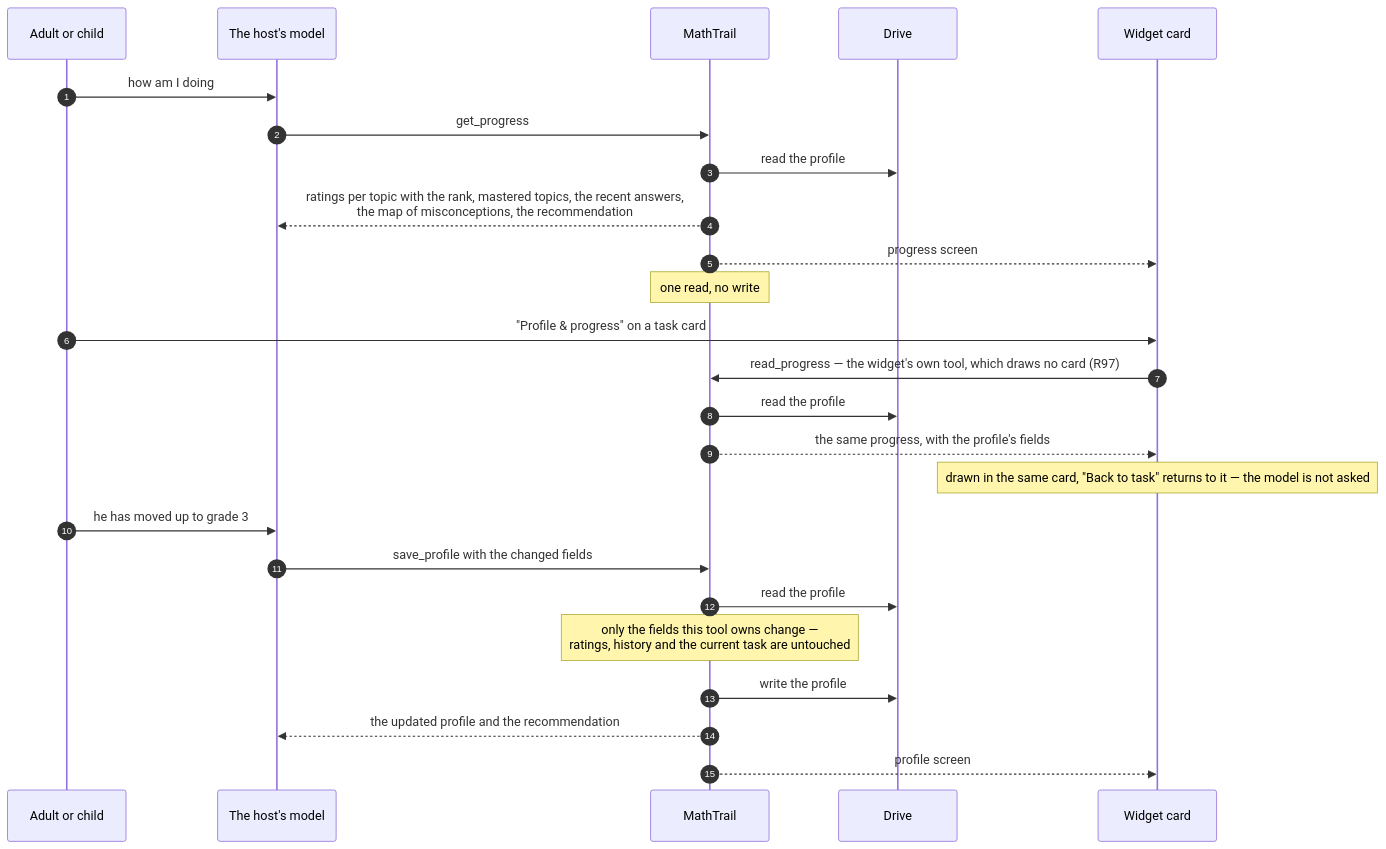
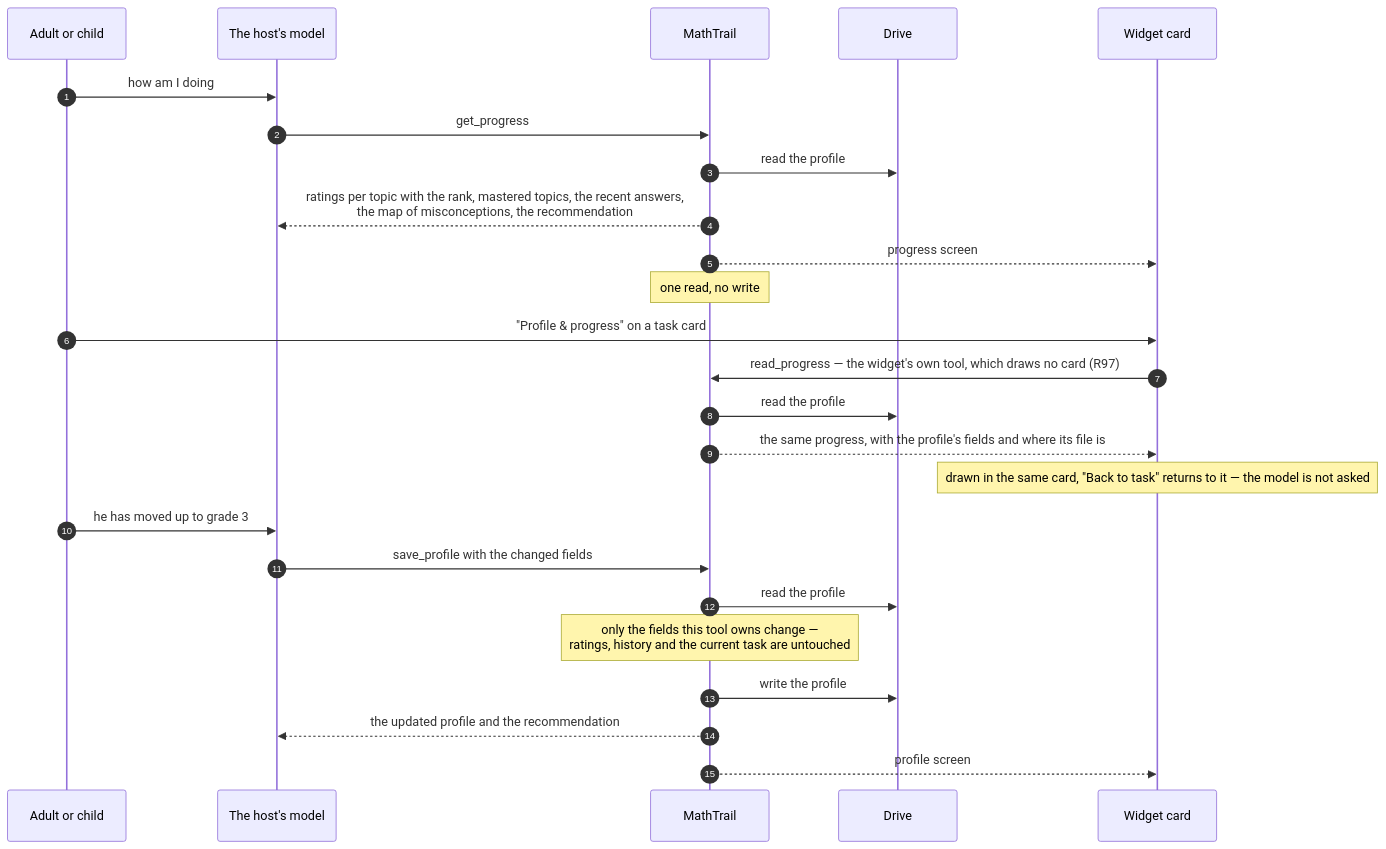
One commit to MathTrail/mathtrail-standalone changed the fifth of 6 diagrams in docs/architecture/03-flows.md. Above: the diagram before and after it, drawn with Mermaid. The commit also changed other lines of this file and 118 other files, not shown here.

````diff
--- a/docs/architecture/03-flows.md
+++ b/docs/architecture/03-flows.md
@@ -178,30 +177,30 @@
 ```mermaid
 sequenceDiagram
     autonumber
     participant A as Adult or child
     participant M as The host's model
     participant MT as MathTrail
     participant D as Drive
     participant W as Widget card
 
     A->>M: how am I doing
     M->>MT: get_progress
     MT->>D: read the profile
     MT-->>M: ratings per topic with the rank, mastered topics, the recent answers,<br/>the map of misconceptions, the recommendation
     MT-->>W: progress screen
     Note over MT: one read, no write
 
     A->>W: "Profile & progress" on a task card
     W->>MT: read_progress — the widget's own tool, which draws no card (R97)
     MT->>D: read the profile
-    MT-->>W: the same progress, with the profile's fields
+    MT-->>W: the same progress, with the profile's fields and where its file is
     Note over W: drawn in the same card, "Back to task" returns to it — the model is not asked
 
     A->>M: he has moved up to grade 3
     M->>MT: save_profile with the changed fields
     MT->>D: read the profile
     Note over MT: only the fields this tool owns change —<br/>ratings, history and the current task are untouched
     MT->>D: write the profile
     MT-->>M: the updated profile and the recommendation
     MT-->>W: profile screen
 ```
````
